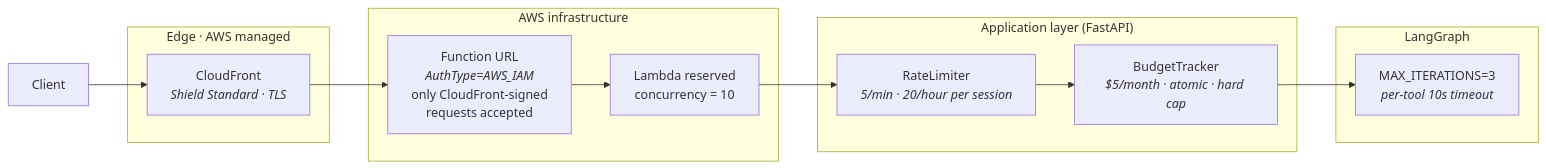
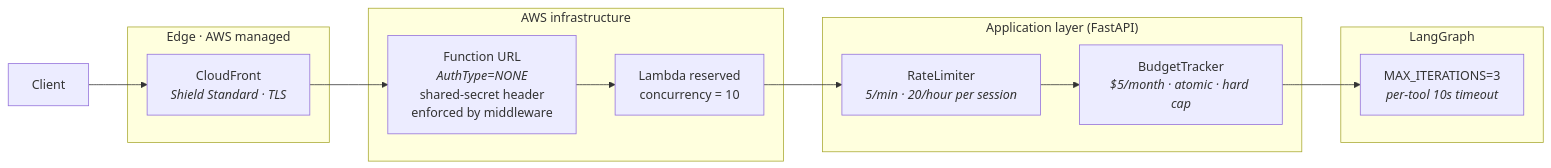
One commit to ikuzuki/fpl-platform changed the diagram in docs/architecture/security-architecture.md. Above: the diagram before and after it, drawn with Mermaid. The commit also changed other lines of this file and 13 other files, not shown here.

````diff
--- a/docs/architecture/security-architecture.md
+++ b/docs/architecture/security-architecture.md
@@ -24,20 +24,20 @@
 ```mermaid
 graph LR
     C["Client"]
     subgraph Edge["Edge · AWS managed"]
         CF["CloudFront<br/><i>Shield Standard · TLS</i>"]
     end
     subgraph Infra["AWS infrastructure"]
-        FU["Function URL<br/><i>AuthType=AWS_IAM</i><br/>only CloudFront-signed<br/>requests accepted"]
+        FU["Function URL<br/><i>AuthType=NONE</i><br/>shared-secret header<br/>enforced by middleware"]
         LC["Lambda reserved<br/>concurrency = 10"]
     end
     subgraph App["Application layer (FastAPI)"]
         RL["RateLimiter<br/><i>5/min · 20/hour per session</i>"]
         BG["BudgetTracker<br/><i>$5/month · atomic · hard cap</i>"]
     end
     subgraph Graph["LangGraph"]
         MI["MAX_ITERATIONS=3<br/><i>per-tool 10s timeout</i>"]
     end
 
     C --> CF --> FU --> LC --> RL --> BG --> MI
 ```
````
